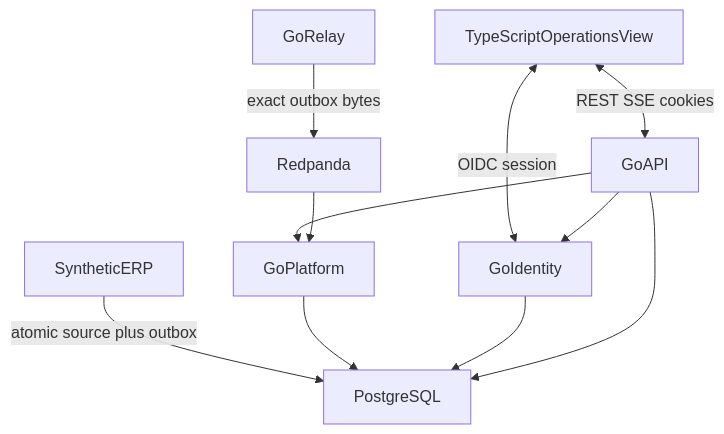
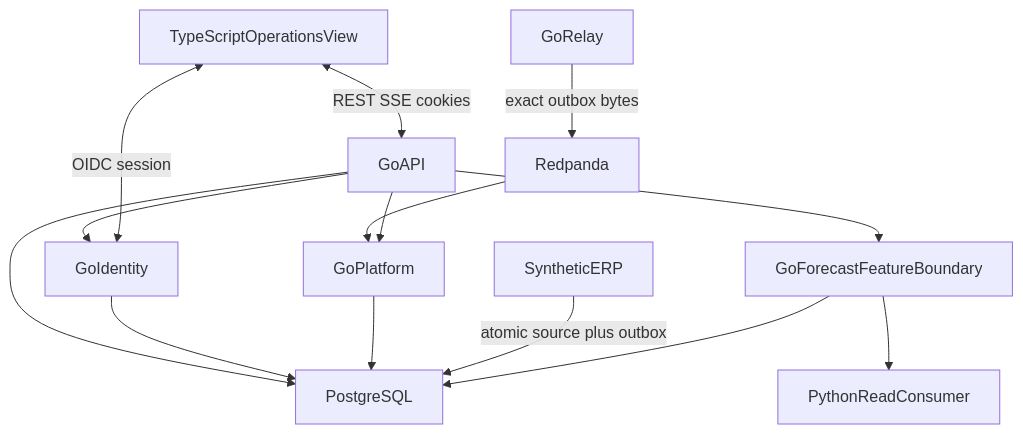
Before and after one commit to G1DO/seshatops: the diagram in docs/architecture/overview.md, drawn with Mermaid. The commit also changed other lines of this file and 6 other files, not shown here.

Commit message:
docs: document forecast feature boundary

````diff
--- a/docs/architecture/overview.md
+++ b/docs/architecture/overview.md
@@ -14,21 +17,26 @@
 ```mermaid
 flowchart TB
   UI[TypeScriptOperationsView]
   ID[GoIdentity]
   API[GoAPI]
   PL[GoPlatform]
+  FS[GoForecastFeatureBoundary]
   REL[GoRelay]
   ERP[SyntheticERP]
   BUS[Redpanda]
   PG[PostgreSQL]
+  PY[PythonReadConsumer]
   UI <-->|"REST SSE cookies"| API
   UI <-->|"OIDC session"| ID
   API --> ID
   API --> PL
+  API --> FS
+  FS --> PG
+  FS --> PY
   ERP -->|atomic source plus outbox| PG
   REL -->|exact outbox bytes| BUS
   BUS --> PL
   PL --> PG
   ID --> PG
   API --> PG
 ```
````
